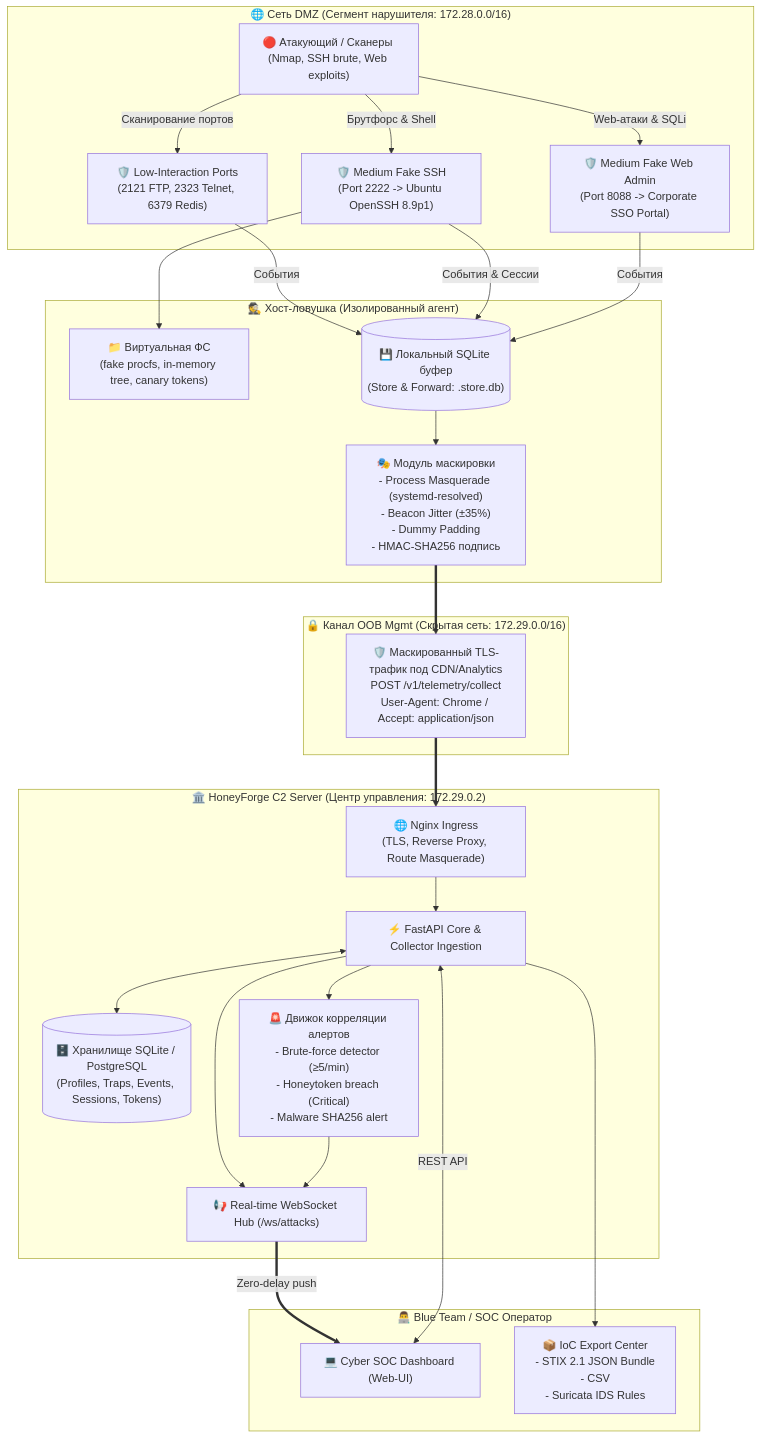
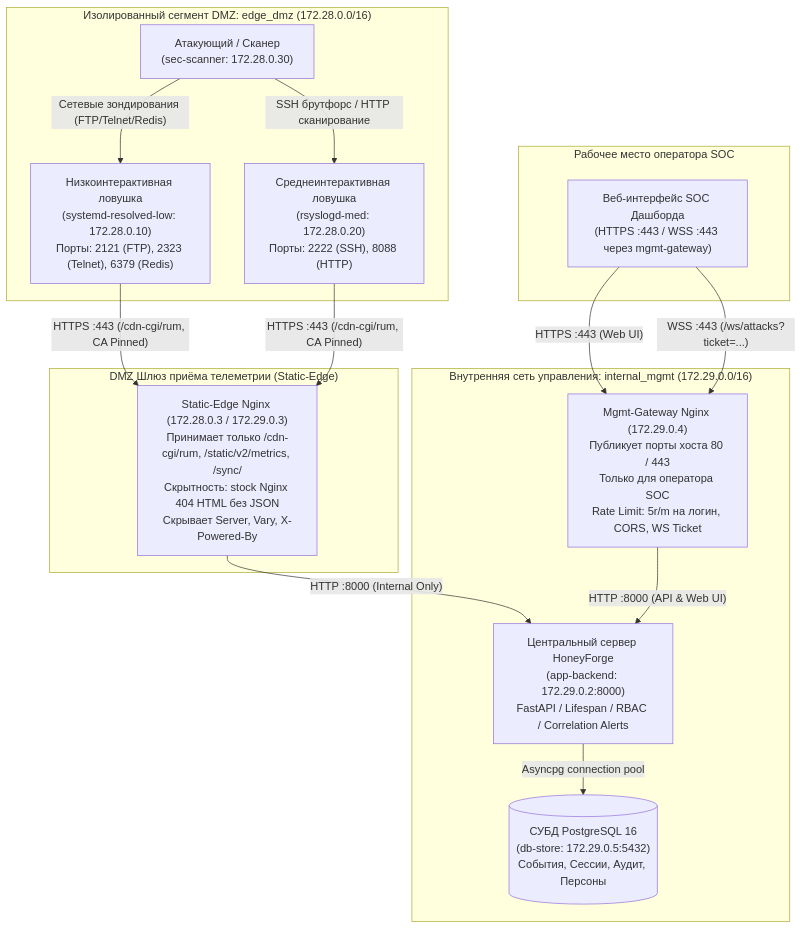
The first of 2 diagrams in docs/ARCHITECTURE.md (d1zaltik/honeyforge-madrigal), drawn with Mermaid before and after one commit. The commit also changed other lines of this file and 101 other files, not shown here.

First line of the commit message:
feat: finalize HoneyForge platform for defense and submission

````diff
--- a/docs/ARCHITECTURE.md
+++ b/docs/ARCHITECTURE.md
@@ -10,58 +11,35 @@
 ```mermaid
 flowchart TD
-    subgraph DMZ["🌐 Сеть DMZ (Сегмент нарушителя: 172.28.0.0/16)"]
-        Attacker["🔴 Атакующий / Сканеры (Nmap, SSH brute, Web exploits)"]
-        TrapLow["🛡️ Low-Interaction Ports\n(2121 FTP, 2323 Telnet, 6379 Redis)"]
-        TrapMedSSH["🛡️ Medium Fake SSH\n(Port 2222 -> Ubuntu OpenSSH 8.9p1)"]
-        TrapMedWeb["🛡️ Medium Fake Web Admin\n(Port 8088 -> Corporate SSO Portal)"]
-        
-        Attacker -->|Сканирование портов| TrapLow
-        Attacker -->|Брутфорс & Shell| TrapMedSSH
-        Attacker -->|Web-атаки & SQLi| TrapMedWeb
+    subgraph DMZ["Изолированный сегмент DMZ: edge_dmz (172.28.0.0/16)"]
+        Scanner["Атакующий / Сканер\n(sec-scanner: 172.28.0.30)"]
+        LowTrap["Низкоинтерактивная ловушка\n(systemd-resolved-low: 172.28.0.10)\nПорты: 2121 (FTP), 2323 (Telnet), 6379 (Redis)"]
+        MedTrap["Среднеинтерактивная ловушка\n(rsyslogd-med: 172.28.0.20)\nПорты: 2222 (SSH), 8088 (HTTP)"]
     end
 
-    subgraph TRAP_AGENT["🕵️ Хост-ловушка (Изолированный агент)"]
-        FakeFS["📁 Виртуальная ФС\n(fake procfs, in-memory tree, canary tokens)"]
-        TrapMedSSH --> FakeFS
-        
-        Buffer[("💾 Локальный SQLite буфер\n(Store & Forward: .store.db)")]
-        TrapLow -->|События| Buffer
-        TrapMedSSH -->|События & Сессии| Buffer
-        TrapMedWeb -->|События| Buffer
-        
-        StealthEngine["🎭 Модуль маскировки\n- Process Masquerade (systemd-resolved)\n- Beacon Jitter (±35%)\n- Dummy Padding\n- HMAC-SHA256 подпись"]
-        Buffer --> StealthEngine
+    subgraph Edge["DMZ Шлюз приёма телеметрии (Static-Edge)"]
+        EdgeProxy["Static-Edge Nginx (172.28.0.3 / 172.29.0.3)\nПринимает только /cdn-cgi/rum, /static/v2/metrics, /sync/\nСкрытность: stock Nginx 404 HTML без JSON\nСкрывает Server, Vary, X-Powered-By"]
     end
 
-    subgraph OOB_MGMT["🔒 Канал OOB Mgmt (Скрытая сеть: 172.29.0.0/16)"]
-        StealthTraffic["🛡️ Маскированный TLS-трафик под CDN/Analytics\nPOST /v1/telemetry/collect\nUser-Agent: Chrome / Accept: application/json"]
-        StealthEngine ==> StealthTraffic
+    subgraph MGMT["Внутренняя сеть управления: internal_mgmt (172.29.0.0/16)"]
+        MgmtProxy["Mgmt-Gateway Nginx (172.29.0.4)\nПубликует порты хоста 80 / 443\nТолько для оператора SOC\nRate Limit: 5r/m на логин, CORS, WS Ticket"]
+        C2["Центральный сервер HoneyForge\n(app-backend: 172.29.0.2:8000)\nFastAPI / Lifespan / RBAC / Correlation Alerts"]
+        DB[("СУБД PostgreSQL 16\n(db-store: 172.29.0.5:5432)\nСобытия, Сессии, Аудит, Персоны")]
     end
 
-    subgraph C2_SERVER["🏛️ HoneyForge C2 Server (Центр управления: 172.29.0.2)"]
-        Nginx["🌐 Nginx Ingress\n(TLS, Reverse Proxy, Route Masquerade)"]
-        StealthTraffic ==> Nginx
-        
-        FastAPICore["⚡ FastAPI Core & Collector Ingestion"]
-        Nginx --> FastAPICore
-        
-        DB[("🗄️ Хранилище SQLite / PostgreSQL\n(Profiles, Traps, Events, Sessions, Tokens)")]
-        FastAPICore <--> DB
-        
-        Alerts["🚨 Движок корреляции алертов\n- Brute-force detector (≥5/min)\n- Honeytoken breach (Critical)\n- Malware SHA256 alert"]
-        FastAPICore --> Alerts
-        
-        WSHub["📢 Real-time WebSocket Hub (/ws/attacks)"]
-        FastAPICore --> WSHub
-        Alerts --> WSHub
+    subgraph SOC["Рабочее место оператора SOC"]
+        Browser["Веб-интерфейс SOC Дашборда\n(HTTPS :443 / WSS :443 через mgmt-gateway)"]
     end
 
-    subgraph OPERATOR["👨‍💻 Blue Team / SOC Оператор"]
-        Dashboard["💻 Cyber SOC Dashboard (Web-UI)"]
-        WSHub ==>|Zero-delay push| Dashboard
-        Dashboard <-->|REST API| FastAPICore
-        
-        IoCExport["📦 IoC Export Center\n- STIX 2.1 JSON Bundle\n- CSV\n- Suricata IDS Rules"]
-        FastAPICore --> IoCExport
-    end
+    Scanner -->|"Сетевые зондирования (FTP/Telnet/Redis)"| LowTrap
+    Scanner -->|"SSH брутфорс / HTTP сканирование"| MedTrap
+
+    LowTrap -->|"HTTPS :443 (/cdn-cgi/rum, CA Pinned)"| EdgeProxy
+    MedTrap -->|"HTTPS :443 (/cdn-cgi/rum, CA Pinned)"| EdgeProxy
+
+    EdgeProxy -->|"HTTP :8000 (Internal Only)"| C2
+    MgmtProxy -->|"HTTP :8000 (API & Web UI)"| C2
+    C2 -->|"Asyncpg connection pool"| DB
+
+    Browser -->|"HTTPS :443 (Web UI)"| MgmtProxy
+    Browser -->|"WSS :443 (/ws/attacks?ticket=...)"| MgmtProxy
 ```
````
